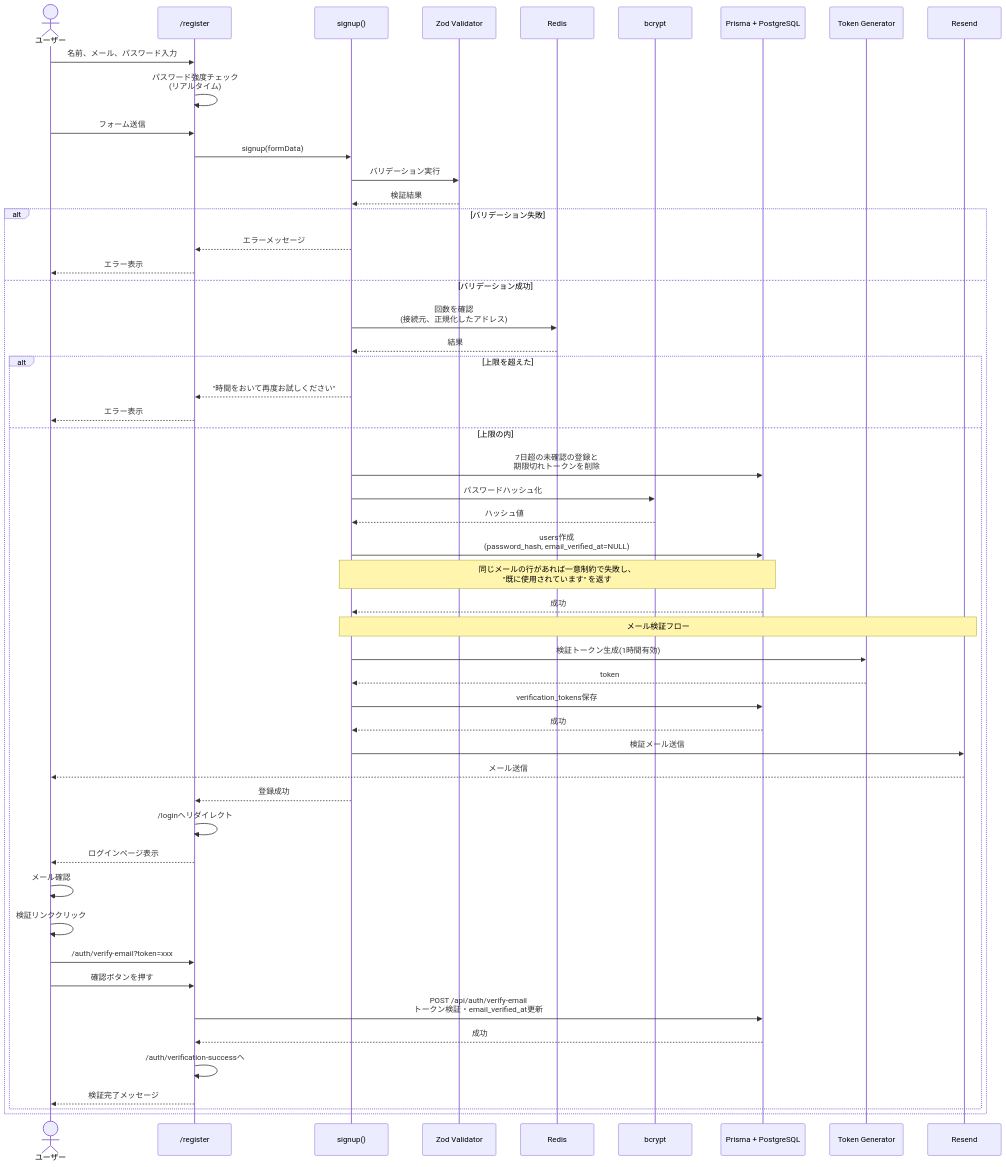
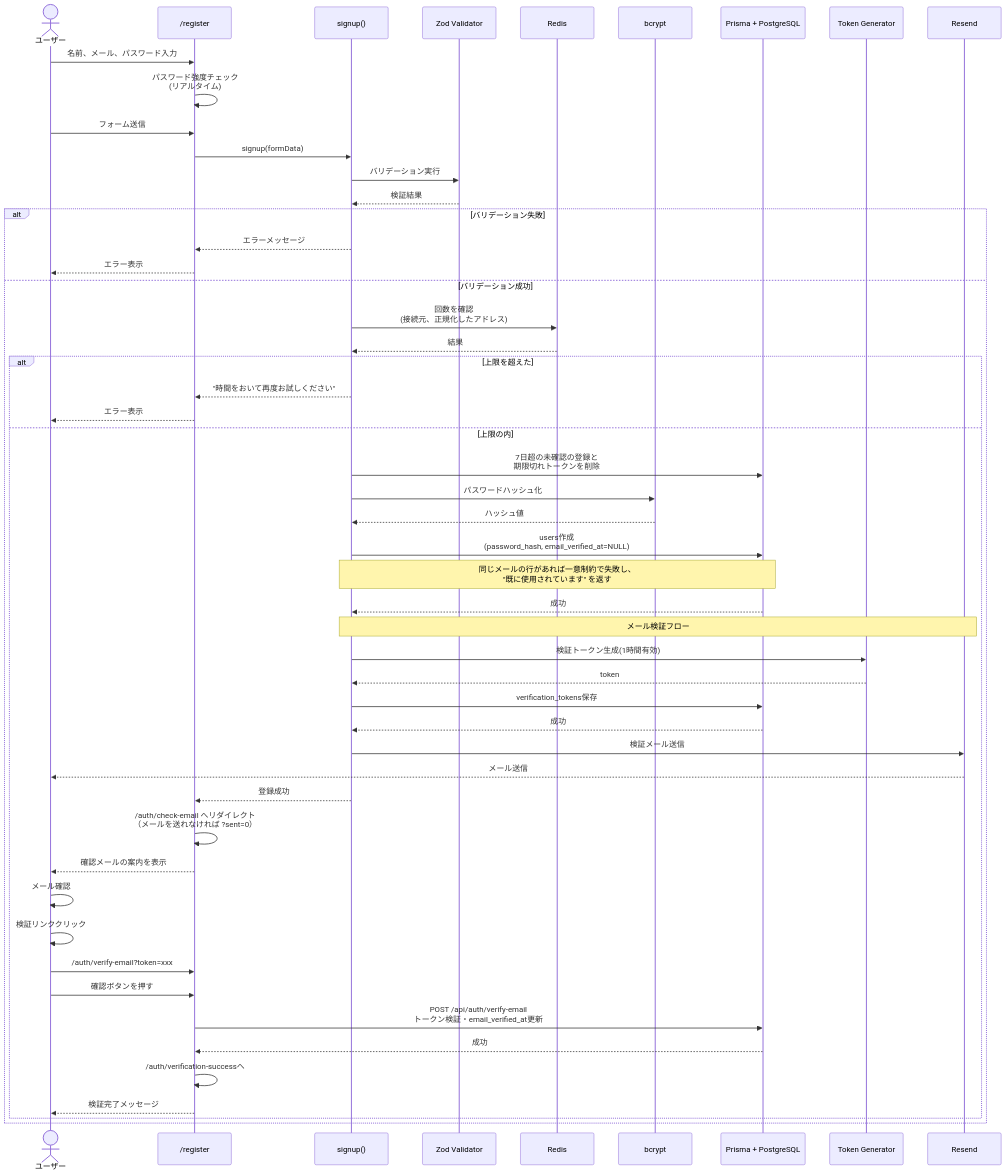
The second of 11 diagrams in docs/reference/authentication-diagrams.md (kazumadev619-dev/FishingConditionsApp), drawn with Mermaid before and after one commit. The commit also changed other lines of this file and 6 other files, not shown here.

````diff
--- a/docs/reference/authentication-diagrams.md
+++ b/docs/reference/authentication-diagrams.md
@@ -66,63 +66,63 @@
 ```mermaid
 sequenceDiagram
     actor User as ユーザー
     participant UI as /register
     participant Action as signup()
     participant Validation as Zod Validator
     participant Redis as Redis
     participant Bcrypt as bcrypt
     participant DB as Prisma + PostgreSQL
     participant Token as Token Generator
     participant Email as Resend
 
     User->>UI: 名前、メール、パスワード入力
     UI->>UI: パスワード強度チェック<br/>(リアルタイム)
     User->>UI: フォーム送信
     UI->>Action: signup(formData)
 
     Action->>Validation: バリデーション実行
     Validation-->>Action: 検証結果
 
     alt バリデーション失敗
         Action-->>UI: エラーメッセージ
         UI-->>User: エラー表示
     else バリデーション成功
         Action->>Redis: 回数を確認<br/>(接続元、正規化したアドレス)
         Redis-->>Action: 結果
 
         alt 上限を超えた
             Action-->>UI: "時間をおいて再度お試しください"
             UI-->>User: エラー表示
         else 上限の内
             Action->>DB: 7日超の未確認の登録と<br/>期限切れトークンを削除
             Action->>Bcrypt: パスワードハッシュ化
             Bcrypt-->>Action: ハッシュ値
 
             Action->>DB: users作成<br/>(password_hash, email_verified_at=NULL)
             Note over Action,DB: 同じメールの行があれば一意制約で失敗し、<br/>"既に使用されています" を返す
             DB-->>Action: 成功
 
             Note over Action,Email: メール検証フロー
             Action->>Token: 検証トークン生成(1時間有効)
             Token-->>Action: token
             Action->>DB: verification_tokens保存
             DB-->>Action: 成功
 
             Action->>Email: 検証メール送信
             Email-->>User: メール送信
 
             Action-->>UI: 登録成功
-            UI->>UI: /loginへリダイレクト
-            UI-->>User: ログインページ表示
+            UI->>UI: /auth/check-email へリダイレクト<br/>（メールを送れなければ ?sent=0）
+            UI-->>User: 確認メールの案内を表示
 
             User->>User: メール確認
             User->>User: 検証リンククリック
             User->>UI: /auth/verify-email?token=xxx
             User->>UI: 確認ボタンを押す
             UI->>DB: POST /api/auth/verify-email<br/>トークン検証・email_verified_at更新
             DB-->>UI: 成功
             UI->>UI: /auth/verification-successへ
             UI-->>User: 検証完了メッセージ
         end
     end
 ```
````
